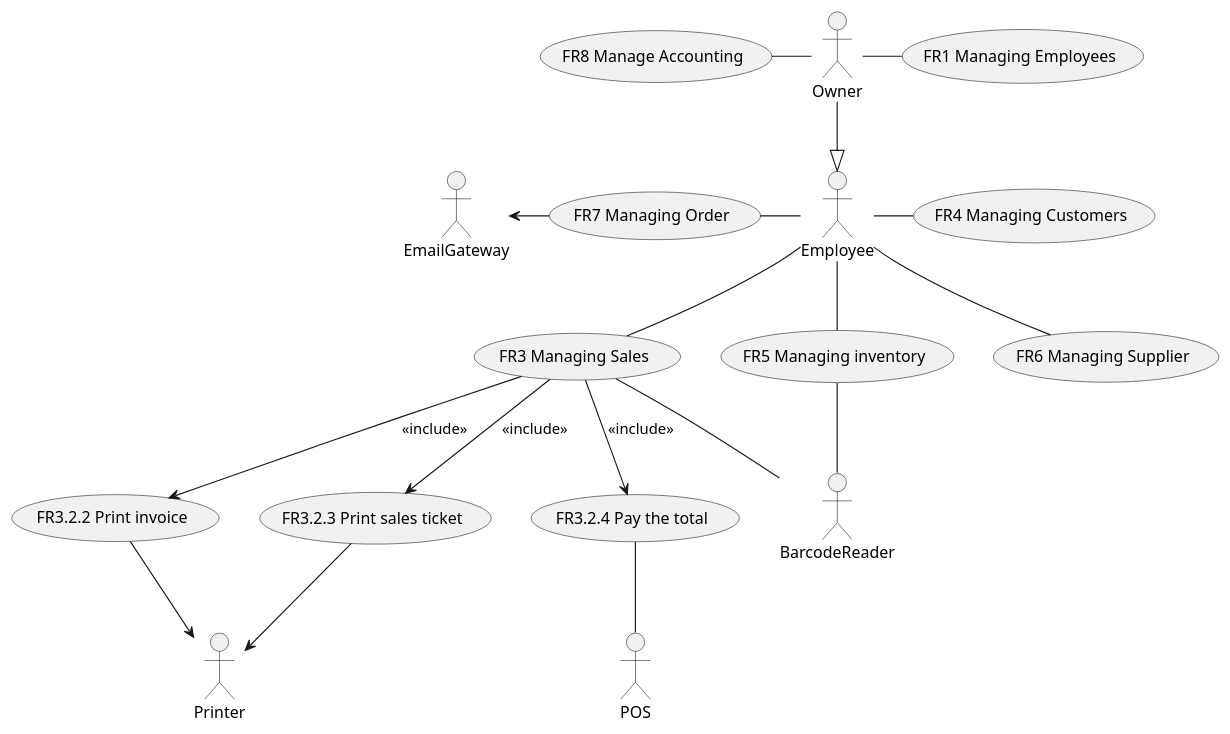
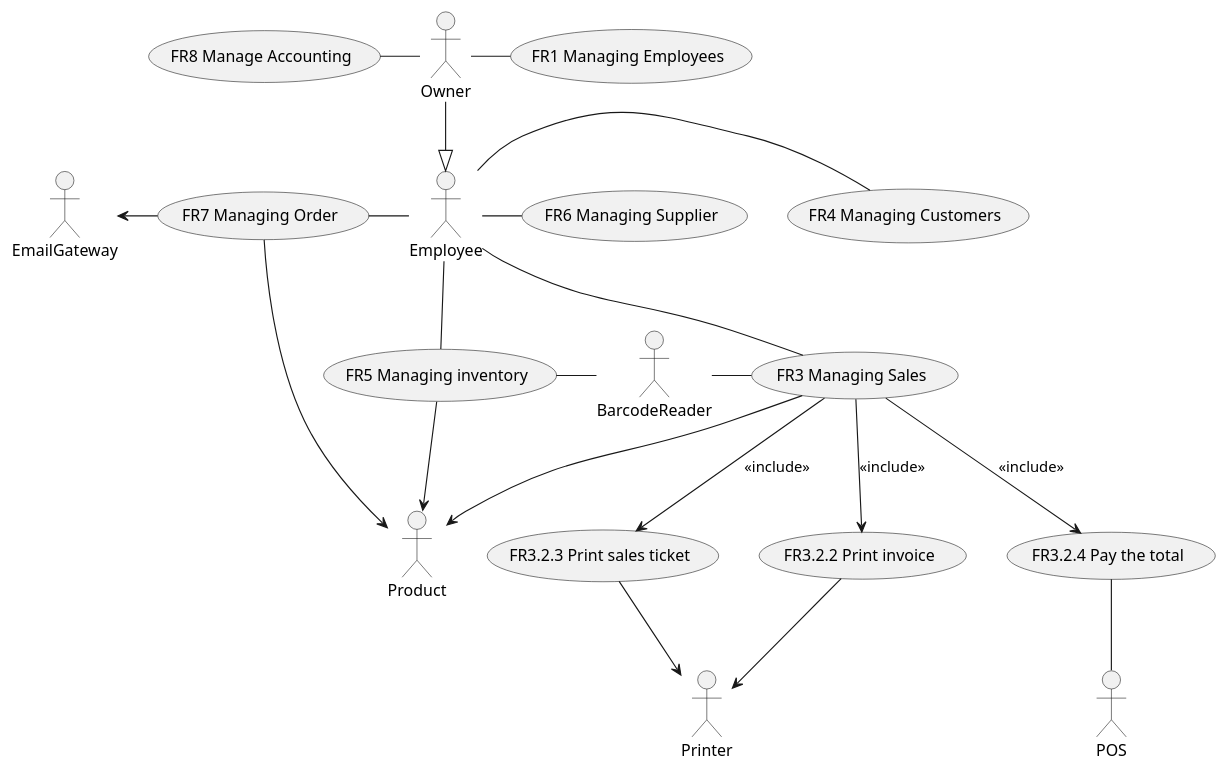
The second of 7 diagrams in Deliverables/RequirementsDocument.md (thegabriele97/EzShop), drawn with PlantUML before and after one commit.

Commit message:
docs: added Product as an Actor in the UCD

````diff
--- a/Deliverables/RequirementsDocument.md
+++ b/Deliverables/RequirementsDocument.md
@@ -231,46 +231,52 @@
 ```plantuml
 Actor Owner
 Actor Employee
 
 Actor Printer
 Actor POS 
 Actor BarcodeReader
 Actor EmailGateway
+
+Actor Product
 
 usecase "FR1 Managing Employees" as mngemploye
 usecase "FR3 Managing Sales" as mngsales
 usecase "FR4 Managing Customers" as mngCustomers
 usecase "FR5 Managing inventory" as mnginventory
 usecase "FR6 Managing Supplier" as mngsupplier
 usecase "FR7 Managing Order" as mngorder
 usecase "FR8 Manage Accounting" as mngaccounting
 
 usecase "FR3.2.2 Print invoice" as printinvoce
 usecase "FR3.2.3 Print sales ticket" as printicket
 usecase "FR3.2.4 Pay the total" as paytotal
 
 Owner -down-|> Employee
 
 Owner -right- mngemploye
 Owner -left- mngaccounting
 Employee -- mngsales
 
 mngsales --> printicket : <<include>>
 mngsales --> printinvoce : <<include>>
 mngsales --> paytotal : <<include>>
-mngsales -right- BarcodeReader
+mngsales -left- BarcodeReader
 
 paytotal -- POS
 
 printicket --> Printer
 printinvoce --> Printer
 
 Employee -right- mngCustomers
-Employee -- mngsupplier
+Employee -right- mngsupplier
 
 Employee -- mnginventory
-mnginventory -- BarcodeReader
+mnginventory -right- BarcodeReader
 
 Employee -left- mngorder
 mngorder -left-> EmailGateway
+
+mngsales --> Product
+mngorder --> Product
+mnginventory --> Product
 ```
````
